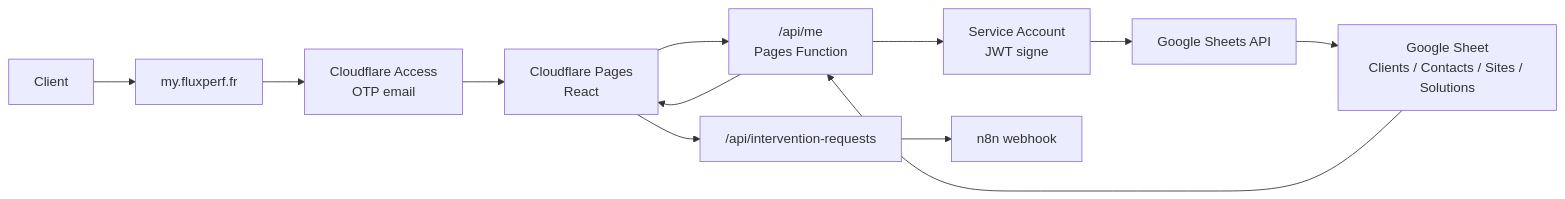
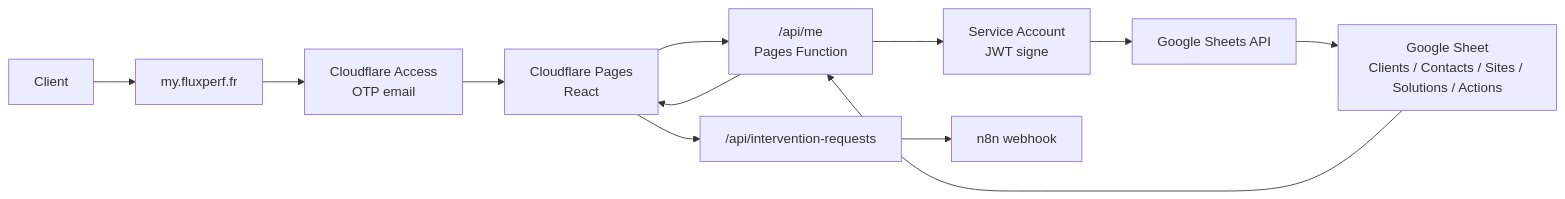
One commit to EXEDIGIT/my.fluxperf.fr changed the diagram in docs/architecture-my-fluxperf.md. Above: the diagram before and after it, drawn with Mermaid. The commit also changed other lines of this file and 7 other files, not shown here.

Commit message:
Read latest actions from Google Sheets

````diff
--- a/docs/architecture-my-fluxperf.md
+++ b/docs/architecture-my-fluxperf.md
@@ -50,14 +50,14 @@
 ```mermaid
 flowchart LR
   U["Client"] --> D["my.fluxperf.fr"]
   D --> A["Cloudflare Access<br/>OTP email"]
   A --> P["Cloudflare Pages<br/>React"]
   P --> API["/api/me<br/>Pages Function"]
   API --> SA["Service Account<br/>JWT signe"]
   SA --> GS["Google Sheets API"]
-  GS --> DB["Google Sheet<br/>Clients / Contacts / Sites / Solutions"]
+  GS --> DB["Google Sheet<br/>Clients / Contacts / Sites / Solutions / Actions"]
   DB --> API
   API --> P
   P --> REQ["/api/intervention-requests"]
   REQ --> N8N["n8n webhook"]
 ```
````
